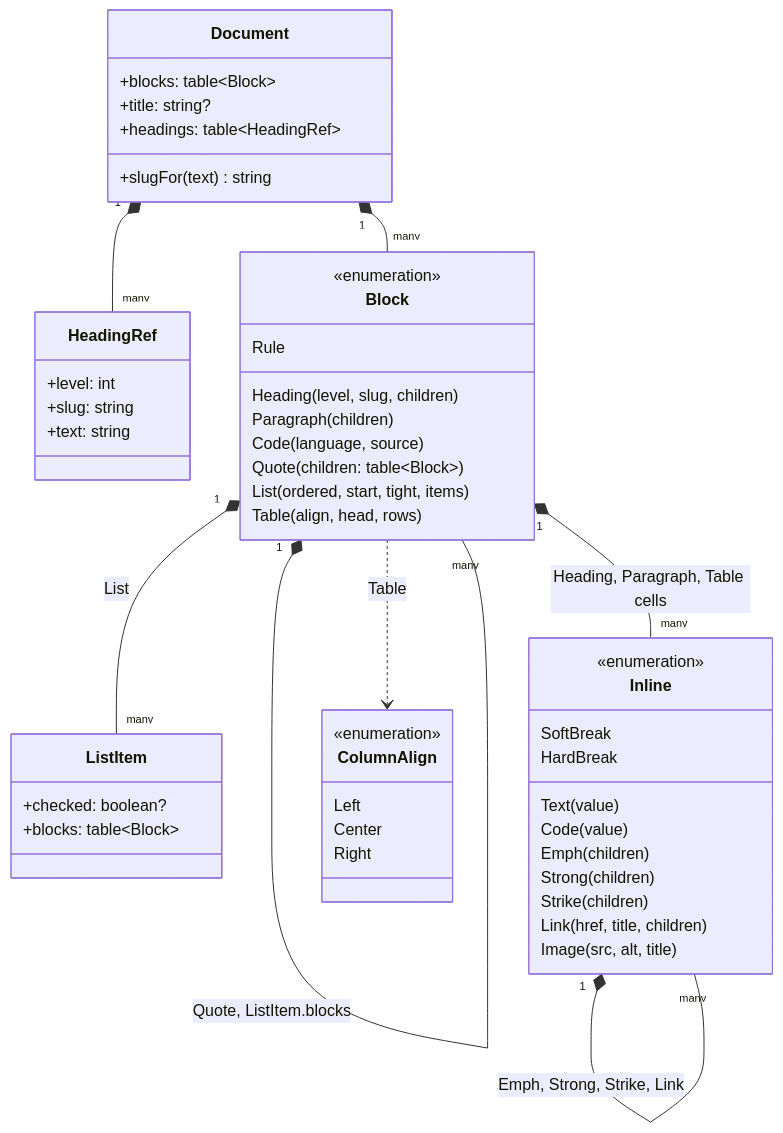
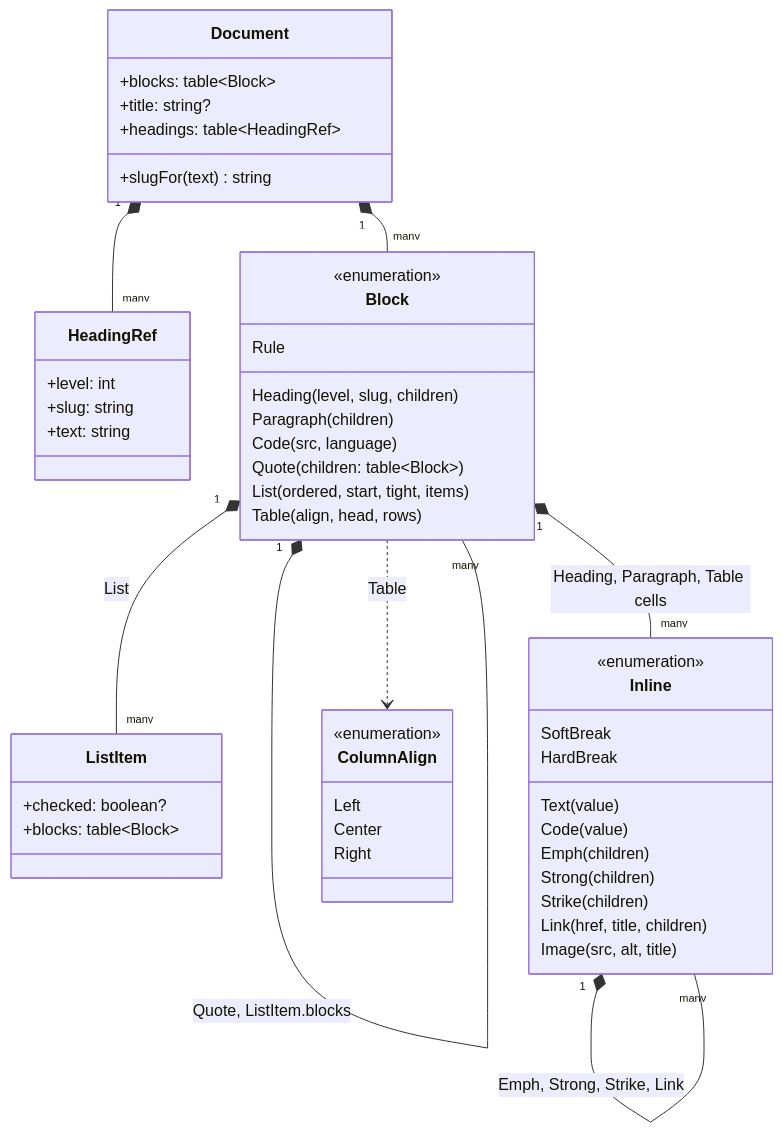
Before and after one commit to lauriszz123/saule: the second of 8 diagrams in examples/md-viewer/docs/02-architecture.md, drawn with Mermaid. The commit also changed 31 other files, not shown here.

````diff
--- a/examples/md-viewer/docs/02-architecture.md
+++ b/examples/md-viewer/docs/02-architecture.md
@@ -57,54 +57,54 @@
 ```mermaid
 classDiagram
     class Document {
         +blocks: table~Block~
         +title: string?
         +headings: table~HeadingRef~
         +slugFor(text) string
     }
     class HeadingRef {
         +level: int
         +slug: string
         +text: string
     }
     class Block {
         <<enumeration>>
         Heading(level, slug, children)
         Paragraph(children)
-        Code(language, source)
+        Code(src, language)
         Quote(children: table~Block~)
         List(ordered, start, tight, items)
         Table(align, head, rows)
         Rule
     }
     class ListItem {
         +checked: boolean?
         +blocks: table~Block~
     }
     class Inline {
         <<enumeration>>
         Text(value)
         Code(value)
         Emph(children)
         Strong(children)
         Strike(children)
         Link(href, title, children)
         Image(src, alt, title)
         SoftBreak
         HardBreak
     }
     class ColumnAlign {
         <<enumeration>>
         Left
         Center
         Right
     }
 
     Document "1" *-- "many" Block
     Document "1" *-- "many" HeadingRef
     Block "1" *-- "many" ListItem : List
     Block "1" *-- "many" Block : Quote, ListItem.blocks
     Block "1" *-- "many" Inline : Heading, Paragraph, Table cells
     Inline "1" *-- "many" Inline : Emph, Strong, Strike, Link
     Block ..> ColumnAlign : Table
 ```
````
